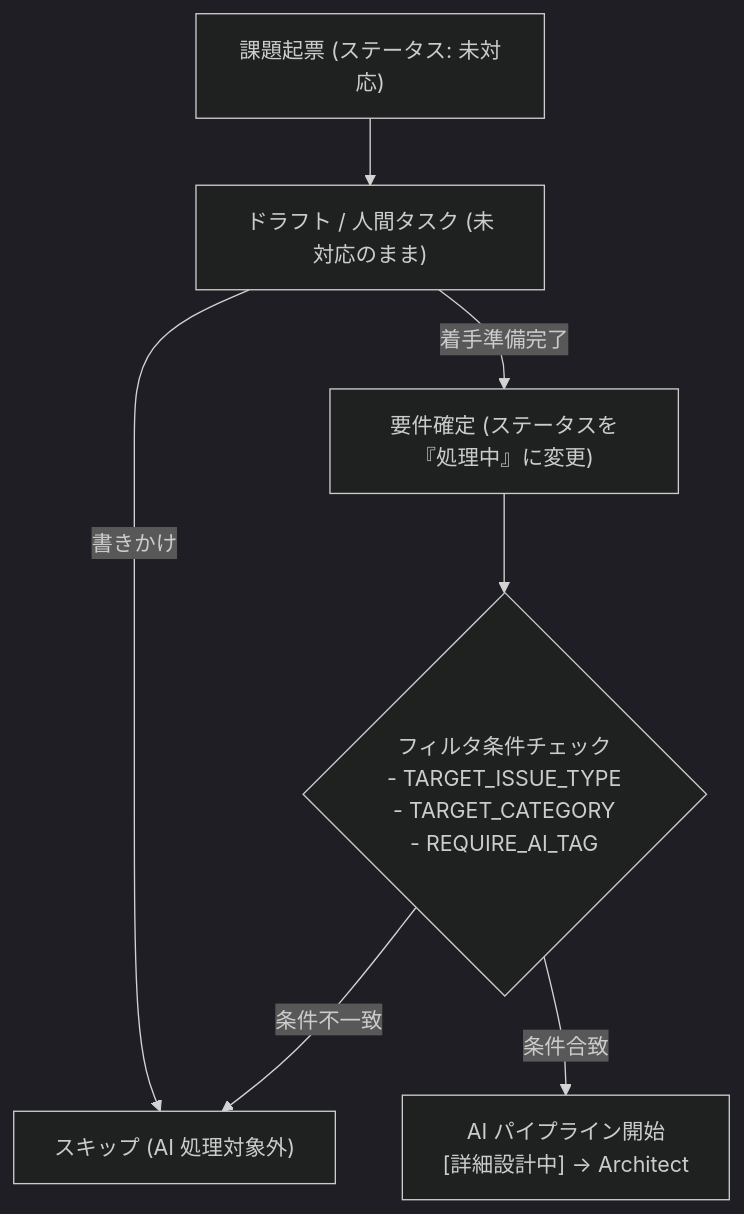
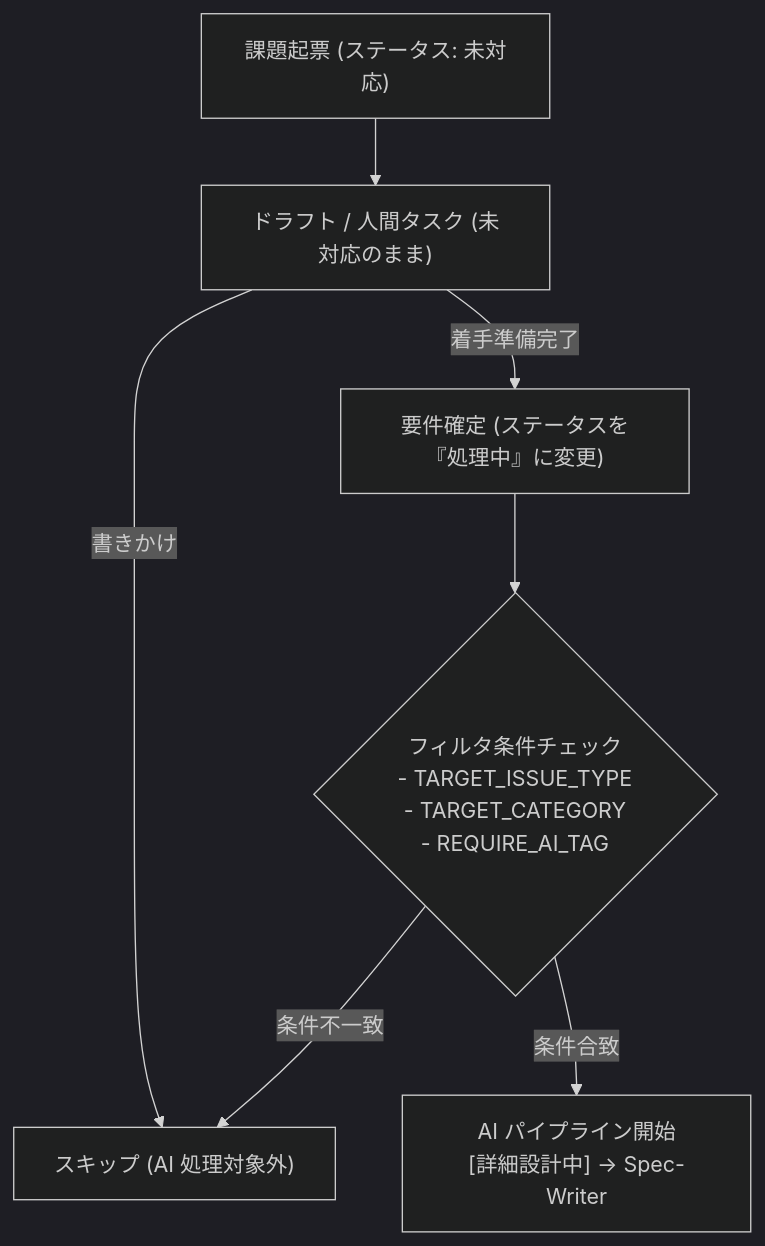
Before and after one commit to oharato/aidevflow: the fifth of 5 diagrams in docs/architecture.md, drawn with Mermaid (dark theme). The commit also changed other lines of this file and 18 other files, not shown here.

Commit message:
refactor(roles): rename architect and tech-lead to spec-writer and spec-reviewer (model B-1)

````diff
--- a/docs/architecture.md
+++ b/docs/architecture.md
@@ -357,18 +357,18 @@
 ```mermaid
 flowchart TD
     Create["課題起票 (ステータス: 未対応)"]
     Draft["ドラフト / 人間タスク (未対応のまま)"]
     Ready["要件確定 (ステータスを『処理中』に変更)"]
     
     FilterCheck{"フィルタ条件チェック\n- TARGET_ISSUE_TYPE\n- TARGET_CATEGORY\n- REQUIRE_AI_TAG"}
     
     Ignore["スキップ (AI 処理対象外)"]
-    Dispatch["AI パイプライン開始\n[詳細設計中] -> Architect"]
+    Dispatch["AI パイプライン開始\n[詳細設計中] -> Spec-Writer"]
 
     Create --> Draft
     Draft -->|"書きかけ"| Ignore
     Draft -->|"着手準備完了"| Ready
     Ready --> FilterCheck
     FilterCheck -->|"条件不一致"| Ignore
     FilterCheck -->|"条件合致"| Dispatch
 ```
````
